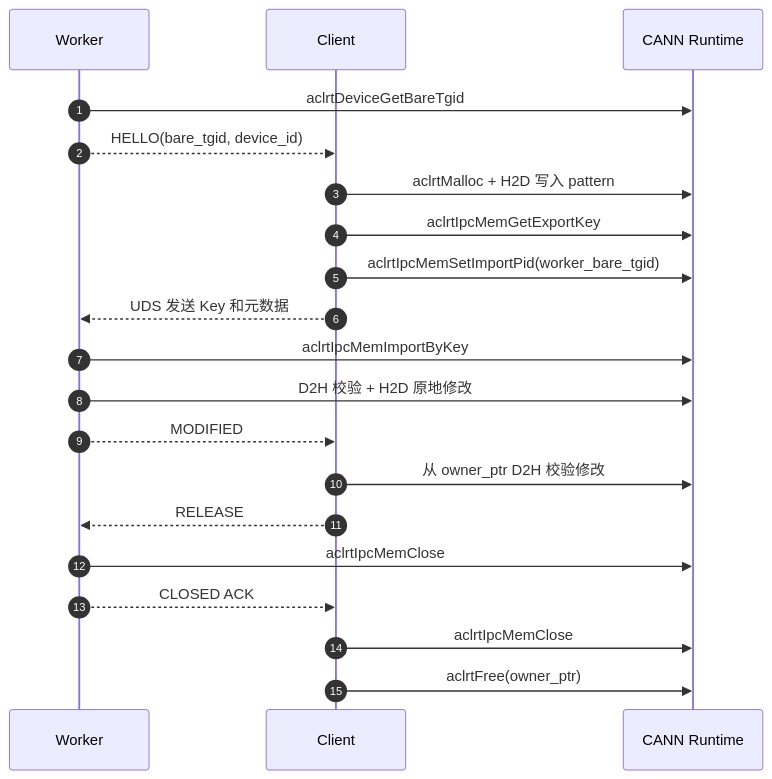
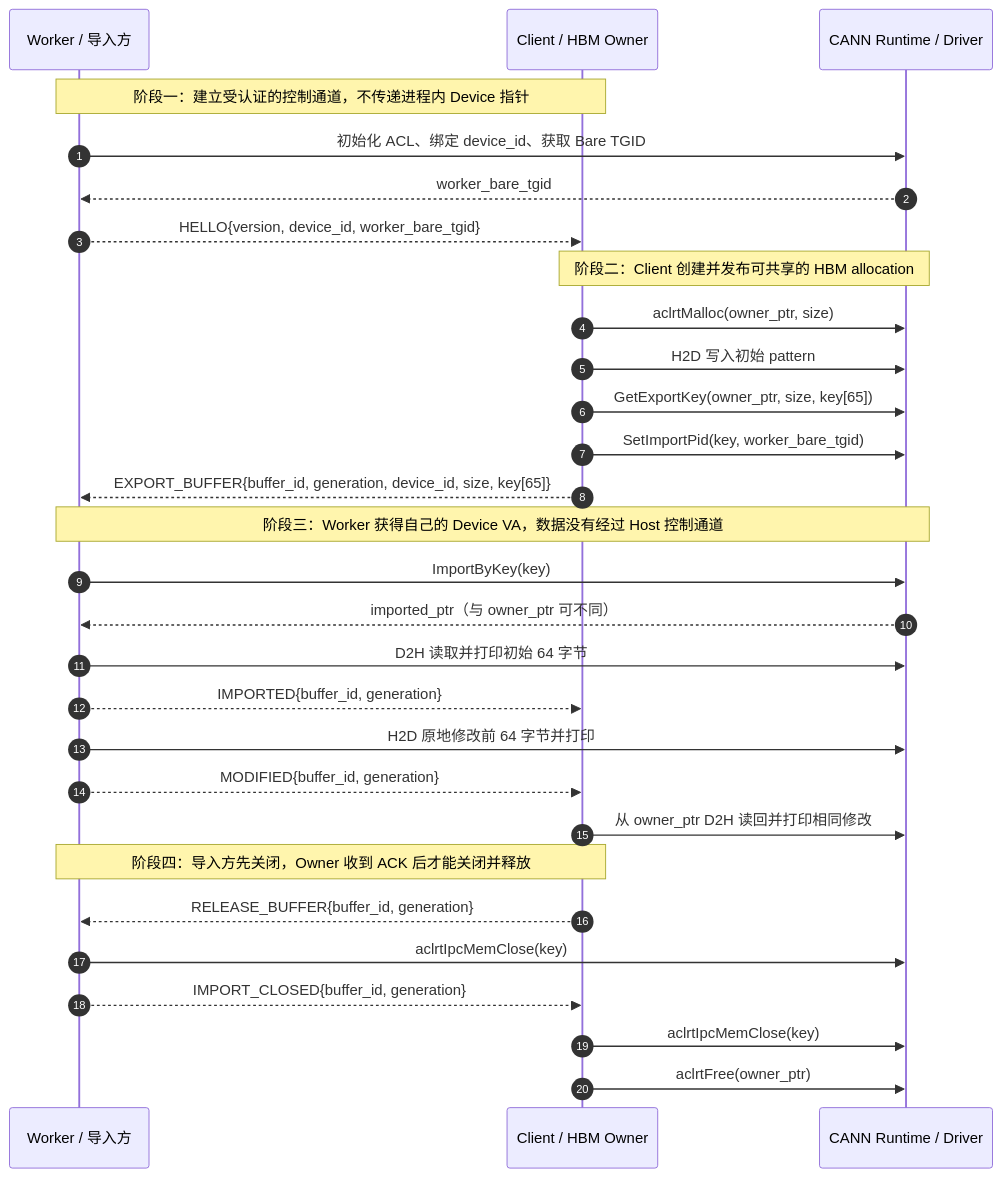
The second of 2 diagrams in README.md (lipeijie13/ascend-hbm-ipc-demo), drawn with Mermaid before and after one commit. The commit also changed other lines of this file and 3 other files, not shown here.

````diff
--- a/README.md
+++ b/README.md
@@ -29,23 +29,35 @@
 ```mermaid
 sequenceDiagram
     autonumber
-    participant W as Worker
-    participant C as Client
-    participant A as CANN Runtime
+    participant W as Worker / 导入方
+    participant C as Client / HBM Owner
+    participant A as CANN Runtime / Driver
 
-    W->>A: aclrtDeviceGetBareTgid
-    W-->>C: HELLO(bare_tgid, device_id)
-    C->>A: aclrtMalloc + H2D 写入 pattern
-    C->>A: aclrtIpcMemGetExportKey
-    C->>A: aclrtIpcMemSetImportPid(worker_bare_tgid)
-    C-->>W: UDS 发送 Key 和元数据
-    W->>A: aclrtIpcMemImportByKey
-    W->>A: D2H 校验 + H2D 原地修改
-    W-->>C: MODIFIED
-    C->>A: 从 owner_ptr D2H 校验修改
-    C-->>W: RELEASE
-    W->>A: aclrtIpcMemClose
-    W-->>C: CLOSED ACK
-    C->>A: aclrtIpcMemClose
+    Note over W,C: 阶段一：建立受认证的控制通道，不传递进程内 Device 指针
+    W->>A: 初始化 ACL、绑定 device_id、获取 Bare TGID
+    A-->>W: worker_bare_tgid
+    W-->>C: HELLO{version, device_id, worker_bare_tgid}
+
+    Note over C,A: 阶段二：Client 创建并发布可共享的 HBM allocation
+    C->>A: aclrtMalloc(owner_ptr, size)
+    C->>A: H2D 写入初始 pattern
+    C->>A: GetExportKey(owner_ptr, size, key[65])
+    C->>A: SetImportPid(key, worker_bare_tgid)
+    C-->>W: EXPORT_BUFFER{buffer_id, generation, device_id, size, key[65]}
+
+    Note over W,A: 阶段三：Worker 获得自己的 Device VA，数据没有经过 Host 控制通道
+    W->>A: ImportByKey(key)
+    A-->>W: imported_ptr（与 owner_ptr 可不同）
+    W->>A: D2H 读取并打印初始 64 字节
+    W-->>C: IMPORTED{buffer_id, generation}
+    W->>A: H2D 原地修改前 64 字节并打印
+    W-->>C: MODIFIED{buffer_id, generation}
+    C->>A: 从 owner_ptr D2H 读回并打印相同修改
+
+    Note over W,C: 阶段四：导入方先关闭，Owner 收到 ACK 后才能关闭并释放
+    C-->>W: RELEASE_BUFFER{buffer_id, generation}
+    W->>A: aclrtIpcMemClose(key)
+    W-->>C: IMPORT_CLOSED{buffer_id, generation}
+    C->>A: aclrtIpcMemClose(key)
     C->>A: aclrtFree(owner_ptr)
 ```
````
